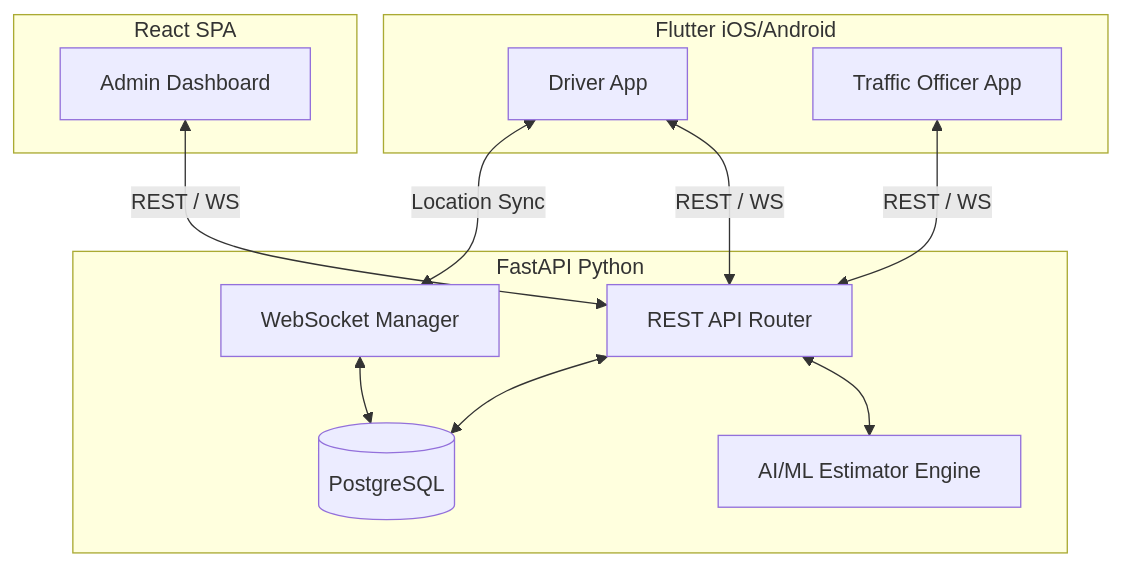
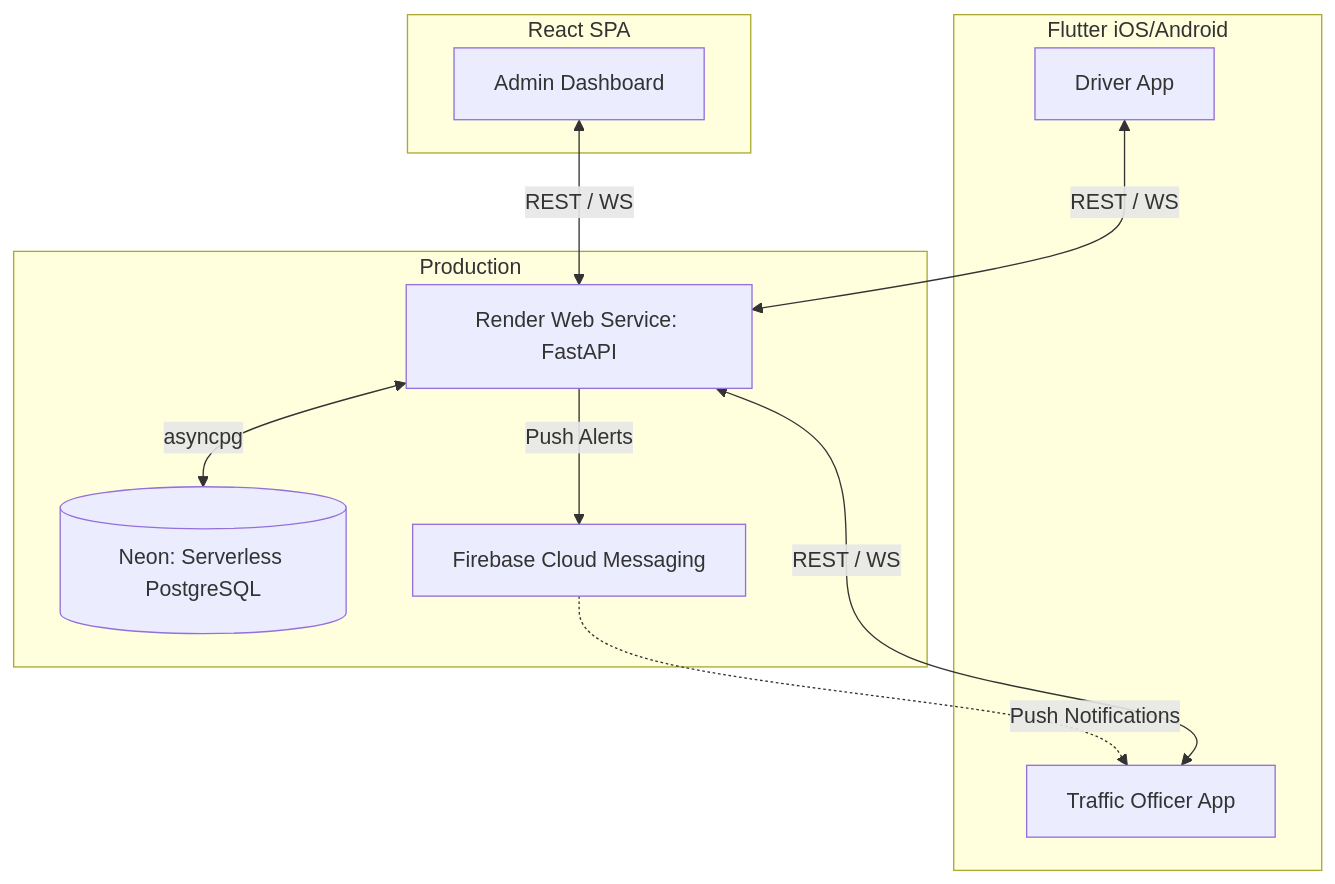
One commit to Rajaki751/Traffic-Ambulance_Coordination changed the diagram in README.md. Above: the diagram before and after it, drawn with Mermaid. The commit also changed other lines of this file, not shown here.

Commit message:
docs: completely rewrite README for Sajiloroute production launch

````diff
--- a/README.md
+++ b/README.md
@@ -45,27 +46,26 @@
 ```mermaid
 graph TD
     subgraph Mobile Apps [Flutter iOS/Android]
         D[Driver App]
         O[Traffic Officer App]
     end
 
     subgraph Web [React SPA]
         A[Admin Dashboard]
     end
 
-    subgraph Backend Services [FastAPI Python]
-        API[REST API Router]
-        WS[WebSocket Manager]
-        AI[AI/ML Estimator Engine]
-        DB[(PostgreSQL)]
+    subgraph Cloud Infrastructure [Production]
+        API[Render Web Service: FastAPI]
+        DB[(Neon: Serverless PostgreSQL)]
+        FCM[Firebase Cloud Messaging]
     end
 
     D <-->|REST / WS| API
-    D <-->|Location Sync| WS
     O <-->|REST / WS| API
     A <-->|REST / WS| API
     
-    API <--> AI
-    API <--> DB
-    WS <--> DB
+    API -->|Push Alerts| FCM
+    FCM -.->|Push Notifications| O
+    
+    API <-->|asyncpg| DB
 ```
````
